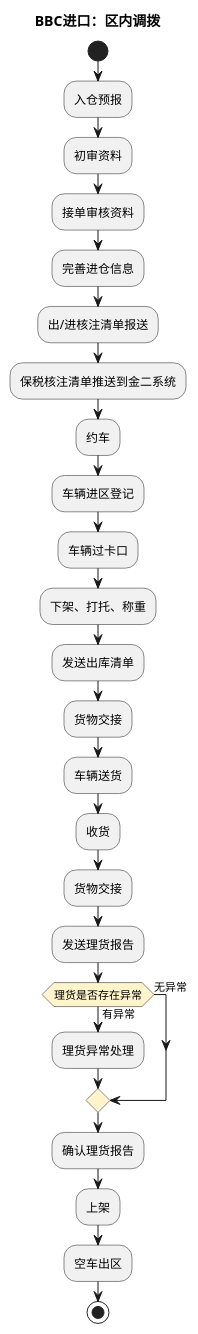
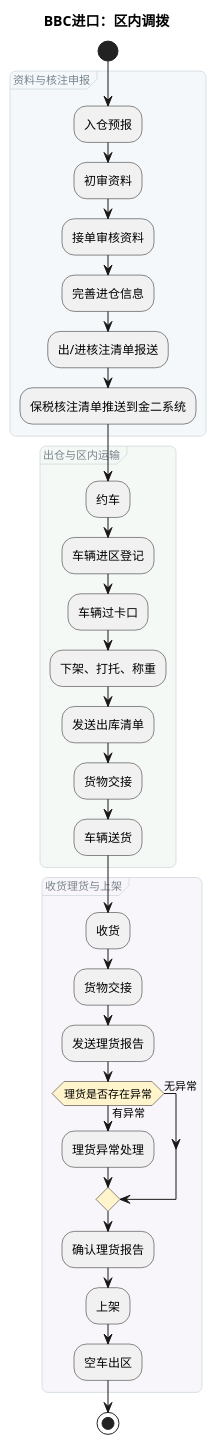
The fourth of 12 diagrams in product-caliber/goldjet/segmented-prd/mainflow/PRD.高捷物流系统一期.主流程.06.跨境电商BBC进口详细流程.md (jack888332/projects-doc), drawn with PlantUML before and after one commit. The commit also changed other lines of this file and 16 other files, not shown here.

Commit message:
给DSL图分组

````diff
--- a/product-caliber/goldjet/segmented-prd/mainflow/PRD.高捷物流系统一期.主流程.06.跨境电商BBC进口详细流程.md
+++ b/product-caliber/goldjet/segmented-prd/mainflow/PRD.高捷物流系统一期.主流程.06.跨境电商BBC进口详细流程.md
@@ -169,31 +227,49 @@
 ```plantuml
 @startuml
 skinparam activityDiamondBackgroundColor #FFF4CC
+<style>
+activityDiagram {
+  group {
+    LineColor #CAD5DA
+    LineThickness 0.7
+    RoundCorner 12
+    FontColor #78848D
+    FontSize 11
+    FontStyle plain
+  }
+}
+</style>
 title BBC进口：区内调拨
 start
+group 资料与核注申报 #F4F8FA {
 :入仓预报;
 :初审资料;
 :接单审核资料;
 :完善进仓信息;
 :出/进核注清单报送;
 :保税核注清单推送到金二系统;
+}
+group 出仓与区内运输 #F5F9F6 {
 :约车;
 :车辆进区登记;
 :车辆过卡口;
 :下架、打托、称重;
 :发送出库清单;
 :货物交接;
 :车辆送货;
+}
+group 收货理货与上架 #F8F6FA {
 :收货;
 :货物交接;
 :发送理货报告;
 if (理货是否存在异常) then (有异常)
   :理货异常处理;
 else (无异常)
 endif
 :确认理货报告;
 :上架;
 :空车出区;
+}
 stop
 @enduml
 ```
````
